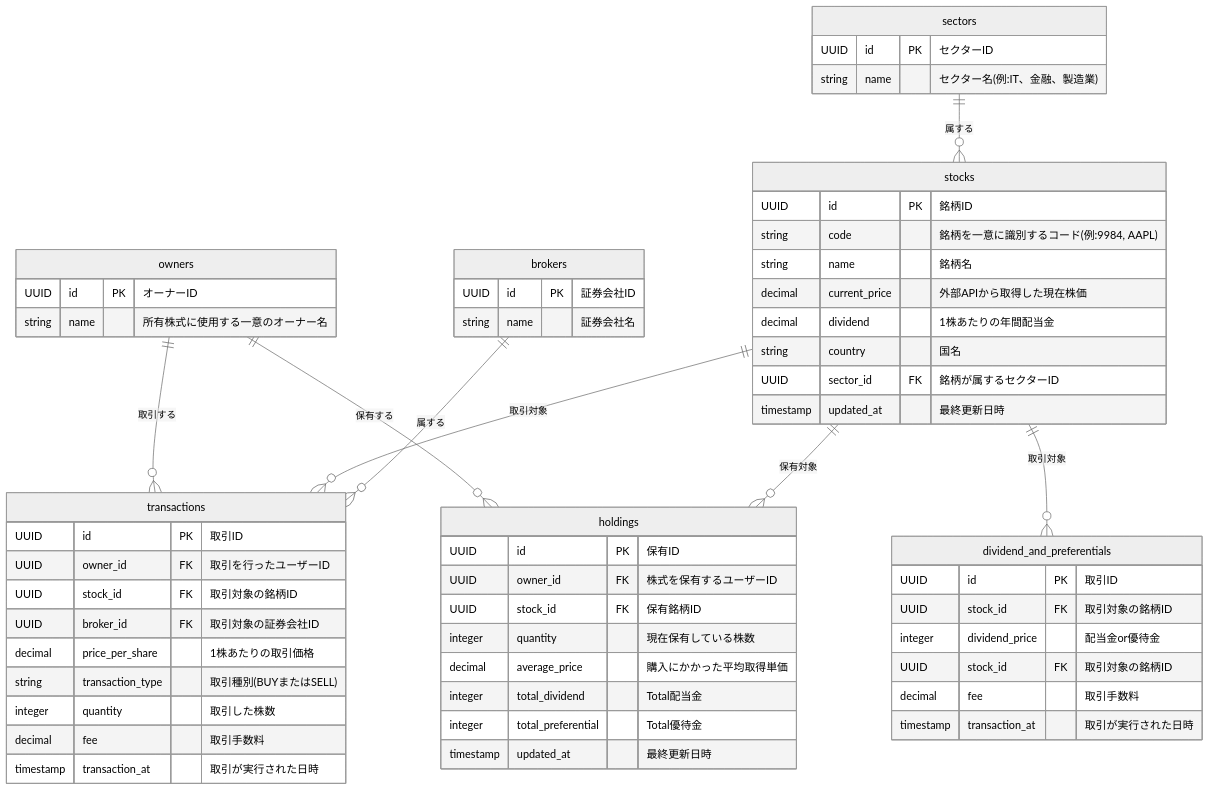
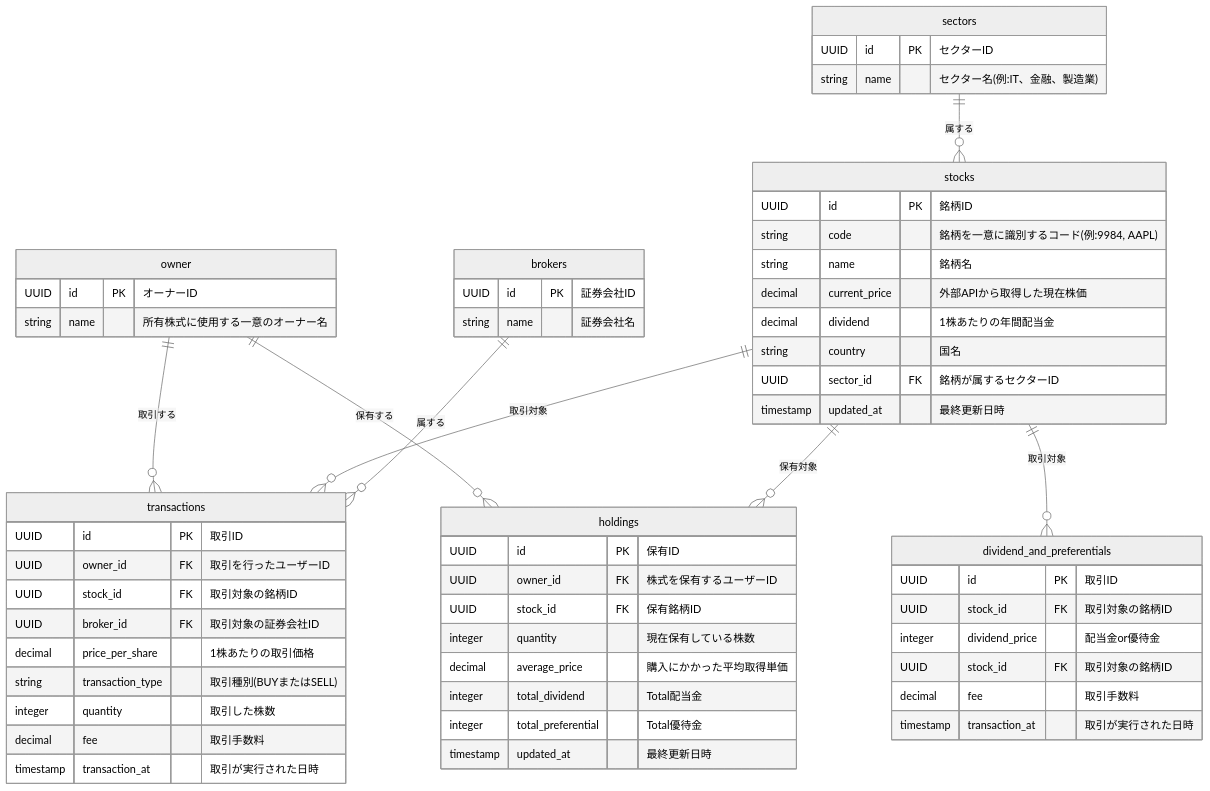
One commit to ijikeman/KabuKanri_App changed the diagram in ER.md. Above: the diagram before and after it, drawn with Mermaid (neutral theme). The commit also changed 13 other files, not shown here.

````diff
--- a/ER.md
+++ b/ER.md
@@ -1,68 +1,68 @@
 ```mermaid
 erDiagram
-    owners {
+    owner {
         UUID id PK "オーナーID"
         string name "所有株式に使用する一意のオーナー名"
     }
 
     sectors {
         UUID id PK "セクターID"
         string name "セクター名(例:IT、金融、製造業)"
     }
 
     brokers {
         UUID id PK "証券会社ID"
         string name "証券会社名"
     }
 
     stocks {
         UUID id PK "銘柄ID"
         string code "銘柄を一意に識別するコード(例:9984, AAPL)"
         string name "銘柄名"
         decimal current_price "外部APIから取得した現在株価"
         decimal dividend "1株あたりの年間配当金"
         string country "国名"
         UUID sector_id FK "銘柄が属するセクターID"
         timestamp updated_at "最終更新日時"
     }
 
     transactions {
         UUID id PK "取引ID"
         UUID owner_id FK "取引を行ったユーザーID"
         UUID stock_id FK "取引対象の銘柄ID"
         UUID broker_id FK "取引対象の証券会社ID"
         decimal price_per_share "1株あたりの取引価格"
         string transaction_type "取引種別(BUYまたはSELL)"
         integer quantity "取引した株数"
         decimal fee "取引手数料"
         timestamp transaction_at "取引が実行された日時"
     }
 
     dividend_and_preferentials {
         UUID id PK "取引ID"
         UUID stock_id FK "取引対象の銘柄ID"
         integer dividend_price "配当金or優待金"
         UUID stock_id FK "取引対象の銘柄ID"
         decimal fee "取引手数料"
         timestamp transaction_at "取引が実行された日時"
     }
 
     holdings {
         UUID id PK "保有ID"
         UUID owner_id FK "株式を保有するユーザーID"
         UUID stock_id FK "保有銘柄ID"
         integer quantity "現在保有している株数"
         decimal average_price "購入にかかった平均取得単価"
         integer total_dividend "Total配当金"
         integer total_preferential "Total優待金"
         timestamp updated_at "最終更新日時"
     }
 
-    owners ||--o{ holdings : "保有する"
-    owners ||--o{ transactions : "取引する"
+    owner ||--o{ holdings : "保有する"
+    owner ||--o{ transactions : "取引する"
     stocks ||--o{ transactions : "取引対象"
     stocks ||--o{ holdings : "保有対象"
     stocks ||--o{ dividend_and_preferentials : "取引対象"
     sectors ||--o{ stocks : "属する"
     brokers ||--o{ transactions : "属する"
 ```
````
